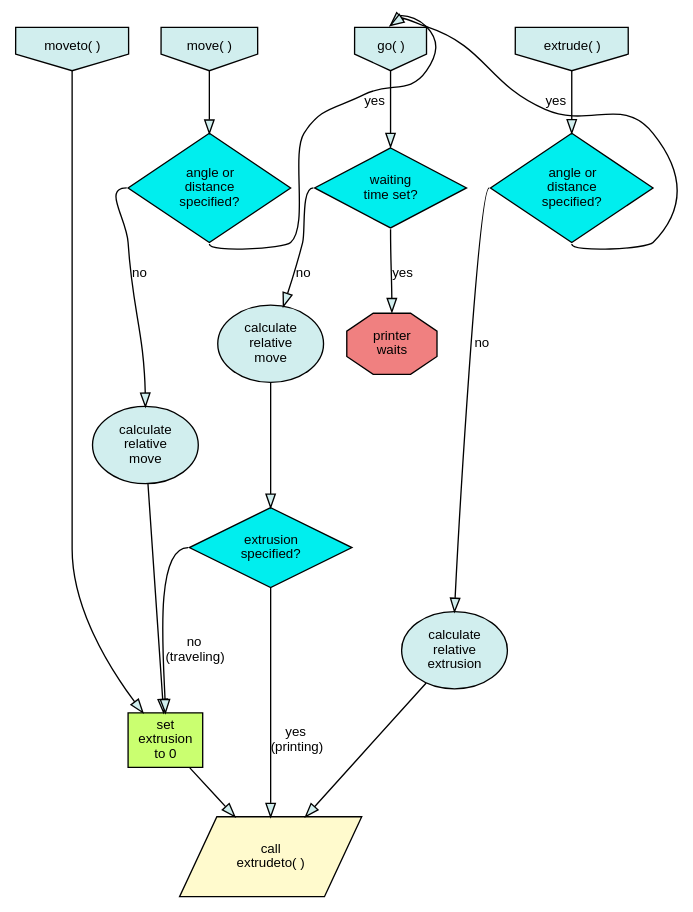
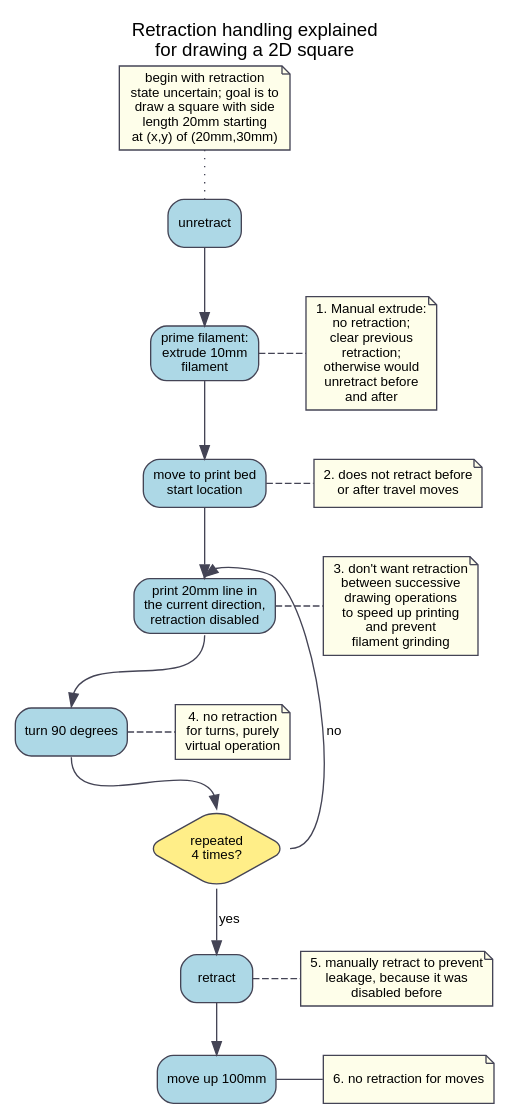
Before and after one commit to pixelpusher/liveprinter: the diagram in reference/use_cases.dot, drawn with Graphviz. The commit also changed 5 other files, not shown here.

```diff
--- a/reference/use_cases.dot
+++ b/reference/use_cases.dot
@@ -1,76 +1,115 @@
-digraph movement {
+/**
+ * 
+ # Use cases
 
-    splines="TRUE";
+ ## Moving (e.g. traveling)
+
+ Moving the print head into position to start printing; moving out of the way after finishing a print; or moving in order to make a sound.
+
+ 1. moving the print head from the current position to a _specific location_ (x,y,z) in the print cavity
+ 2. moving the print head a specific amount from the current position in the x,y,z direction (e.g. 10mm to the right, 2mm up )
+ 3. moving the print head a specific amount from the current position and at a specific 2D angle, possibly also with an angle of elevation (i.e. either upwards or downwards)
+ 
+ ## Printing (e.g. extruding)
+
+ Extruding filament to build up plastic forms on the print bed (e.g. building up a form 2D layer-by-layer, or in a single extruded blog), or in the air (like WirePrint); reversing (retracting) filament to prevent leakage or perform maintenance like changing the filament; forwarding filament in the tube until it is inside the print head and ready for further printing operations
+
+ 1. printing a line from the current position to a _specific location_ (x,y,z) in the print cavity
+ 2.  printing a line with the length of a specific amount from the current position in the x,y,z direction (e.g. 10mm to the right, 2mm up )
+ 3. printing a line with the length of a specific amount from the current position and at a specific 2D angle, possibly also with an angle of elevation (i.e. either upwards or downwards)
+ 4. moving the filament backwards into the tube and then changing it, or cleaning the head, and then forwards again until it is prinedin the print head
+ 
+## Waiting
+
+Pausing printing and traveling for a specific amount of time
+
+1. waiting for the extruded plastic to cool after a print move
+2. in a musical sense, waiting a few "beats" as part of a melody
+
+ **/
 
 
-    node [style="filled", fillcolor="lightcyan2", fontsize="10", fontname="Arial"]
+ /*
 
-    edge [style="filled", fillcolor="lightcyan2", fontsize="10", fontname="Arial", compound=true]
+test cases: 
+
+1. retract -> travel -> travel  (should stay retracted)
+2. unretract -> travel -> travel (should retract at start and stay retracted)
+3. retract -> extrude manual (e value only) -> shouldn't retract at start or at end
+4. retract -> extrude normal (should be retracted at end)
+5. retract -> extrude normal -> travel (should be retracted at end)
+6. retract -> unretract -> extrude normal (should be retracted at end)
+7. retract -> extrude normal w/retraction disabled (should unretract before and be unretracted at end)
+
+ */
+
+
+// example case of printing a square on the print bed
+
+digraph movement {
+    fontname="Arial"
+    labelloc="t"
+    label="Retraction handling explained\nfor drawing a 2D square"
+    splines=true
+
+    node [shape=rect, style="filled, rounded", fillcolor="lightblue", fontsize="10", fontname="Arial", color="#444455"]
+
+    edge [color="#444455",fontsize="10", fontname="Arial", compound=true]
 
     /* Entities */
 
-    startgo [label=<go( )>, shape="invhouse" ]
+    start [label ="begin with retraction\nstate uncertain; goal is to\ndraw a square with side\nlength 20mm starting\n at (x,y) of (20mm,30mm)", shape="note", fillcolor="#fefeea"]
 
-    checkwait [label="waiting\ntime set?" shape="diamond",style=filled, fillcolor="cyan2"]    
+    "prime filament" [label ="1. Manual extrude:\nno retraction;\nclear previous\nretraction;\notherwise would\nunretract before\nand after", shape="note", fillcolor="#fefeea", labeljust=l]
 
-    "printer\nwaits" [shape="octagon",style="filled",fillcolor="lightcoral"]
+    extrude [label="prime filament:\nextrude 10mm\nfilament"]
 
-    calcmovedist  [label="calculate\nrelative\nmove"]
+    printline [label="print 20mm line in\nthe current direction,\nretraction disabled"]
 
-    startmoveto [label=<moveto( )>, shape="invhouse" ]
+    printlinenote [label="3. don't want retraction\nbetween successive\ndrawing operations\nto speed up printing\nand prevent\nfilament grinding", shape=note, fillcolor="#fefeea"]
+ 
+    move [label="move to print bed\nstart location"]
+
+    movenote [label="2. does not retract before\nor after travel moves", shape=note, fillcolor="#fefeea"]
+
+    turnnote [label="4. no retraction\nfor turns, purely\nvirtual operation", shape=note, fillcolor="#fefeea"]
+ 
+    retractnote [label="5. manually retract to prevent\nleakage, because it was\ndisabled before", shape=note, fillcolor="#fefeea"]
+
+    endnote [label="6. no retraction for moves", shape=note, fillcolor="#fefeea"]
+
+    turn [label="turn 90 degrees"]
+
+    up [label="move up 100mm"]
+
+    repeat [shape=diamond, label="repeated\n4 times?", fillcolor="#ffee88"]
+
+    //moveto [label=<go( )>, shape="invhouse" ]
 
 
-    startmove [label=<move( )>, shape="invhouse" ]
+    /* Relationships */
+    start -> unretract  [arrowhead="none",style=dotted]
+    unretract-> extrude 
+    extrude -> move
+    move -> printline 
+    move -> movenote [arrowhead=none,style=dashed];
+    printline -> printlinenote [arrowhead=none,style=dashed];
+    printline:s -> turn:n
+    turn -> turnnote [arrowhead=none,style=dashed]
+    turn:s -> repeat:n
+    repeat:e -> printline:n [label=" no"]  
+    repeat:s -> retract [label=" yes"]
+    retract -> up
+    retract -> retractnote:w [arrowhead=none,style=dashed];
+    up -> endnote [arrowhead=none];
 
-    checkparamsmove [label=<angle or<br/>distance<br/>specified?> shape="diamond",style=filled, fillcolor="cyan2"]    
-
-    startextrude [label=<extrude( )>, shape="invhouse" ]
-
-    checkparams [label=<angle or<br/>distance<br/>specified?>, shape="diamond",style=filled, fillcolor="cyan2"]
-
-    checkextruding [label=<extrusion<br/>specified?>, shape="diamond",style=filled, fillcolor="cyan2"]    
-    
-    "printer\nmovement" [label="call\nextrudeto( )", shape="parallelogram",style="filled",fillcolor="lemonchiffon"]
-
-    "set\nextrusion\nto 0" [shape="rect",style=filled, fillcolor="darkolivegreen1"]
-
-    /* Relationships */
-
-    startmove:s -> checkparamsmove:n
-    checkparamsmove:s -> startgo:n [label="yes"]
-    checkparamsmove:w -> calcmovedist:n [label="no"]
-    calcmovedist -> "set\nextrusion\nto 0"
-
-    "set\nextrusion\nto 0" -> "printer\nmovement"
-
-    startmoveto:s -> "set\nextrusion\nto 0"
-    
-    ////// EXTRUDE () --------------------
-    
-    startextrude:s -> checkparams
-
-    checkparams:s -> startgo:n [label=<yes>]
-
-    checkparams:w -> "calculate\nrelative\nextrusion":n [label=<no>]
-
-    "calculate\nrelative\nextrusion" -> "printer\nmovement"
-
-
-    ////// GO () -------------------------
-
-    startgo:s -> checkwait:n
-
-    checkwait:w -> "calculate\nrelative\nmove" [label="no"]
-
-    "calculate\nrelative\nmove" -> checkextruding
-
-    checkwait:s -> "printer\nwaits":n  [label="yes"]
-
-    checkextruding:s -> "printer\nmovement":n [label=<yes<br/>(printing)>]
-
-    checkextruding:w -> "set\nextrusion\nto 0":n [label=<no<br/>(traveling)>]
-
+    extrude:e -> "prime filament":w [arrowhead=none,style=dashed];
 
     /* Ranks */
-    subgraph start { rank=same; startgo; startextrude; startmove; startmoveto};
+    subgraph { rank=same; extrude; "prime filament"};
+    subgraph { rank=same; printline; printlinenote};
+    subgraph {rank=same; move; movenote}
+    subgraph {rank=same; up; endnote}
+    subgraph {rank=same; turn; turnnote}
+    subgraph {rank=same; retract; retractnote}
 }
```
